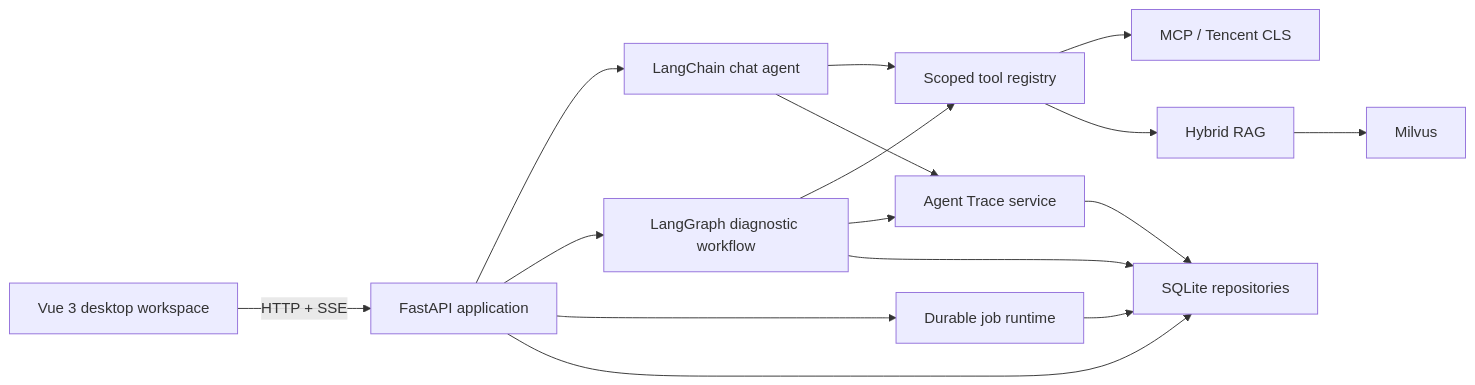
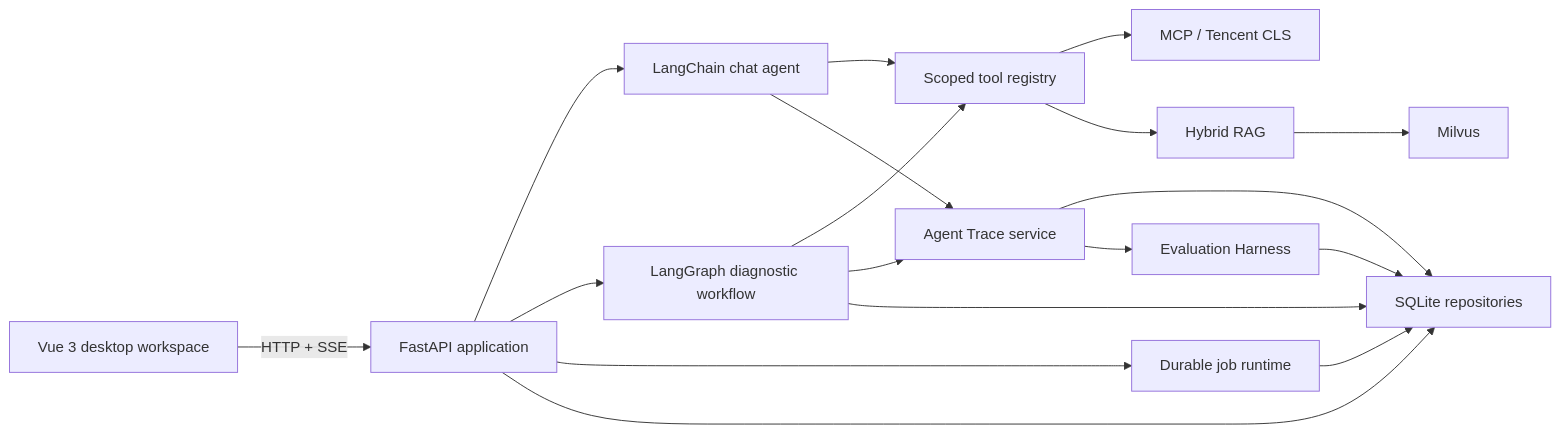
Before and after one commit to kaiyueshao536-dotcom/agent-harness-lab: the diagram in README.md, drawn with Mermaid. The commit also changed other lines of this file and 44 other files, not shown here.

Commit message:
feat: add trace-backed evaluation harness

````diff
--- a/README.md
+++ b/README.md
@@ -31,18 +32,20 @@
 ```mermaid
 flowchart LR
     UI["Vue 3 desktop workspace"] -->|"HTTP + SSE"| API["FastAPI application"]
     API --> CHAT["LangChain chat agent"]
     API --> GRAPH["LangGraph diagnostic workflow"]
     CHAT --> TOOLS["Scoped tool registry"]
     GRAPH --> TOOLS
     CHAT --> TRACE["Agent Trace service"]
     GRAPH --> TRACE
     TOOLS --> MCP["MCP / Tencent CLS"]
     TOOLS --> RAG["Hybrid RAG"]
     RAG --> MILVUS["Milvus"]
     API --> JOBS["Durable job runtime"]
     API --> DB["SQLite repositories"]
     JOBS --> DB
     GRAPH --> DB
     TRACE --> DB
+    TRACE --> EVAL["Evaluation Harness"]
+    EVAL --> DB
 ```
````
